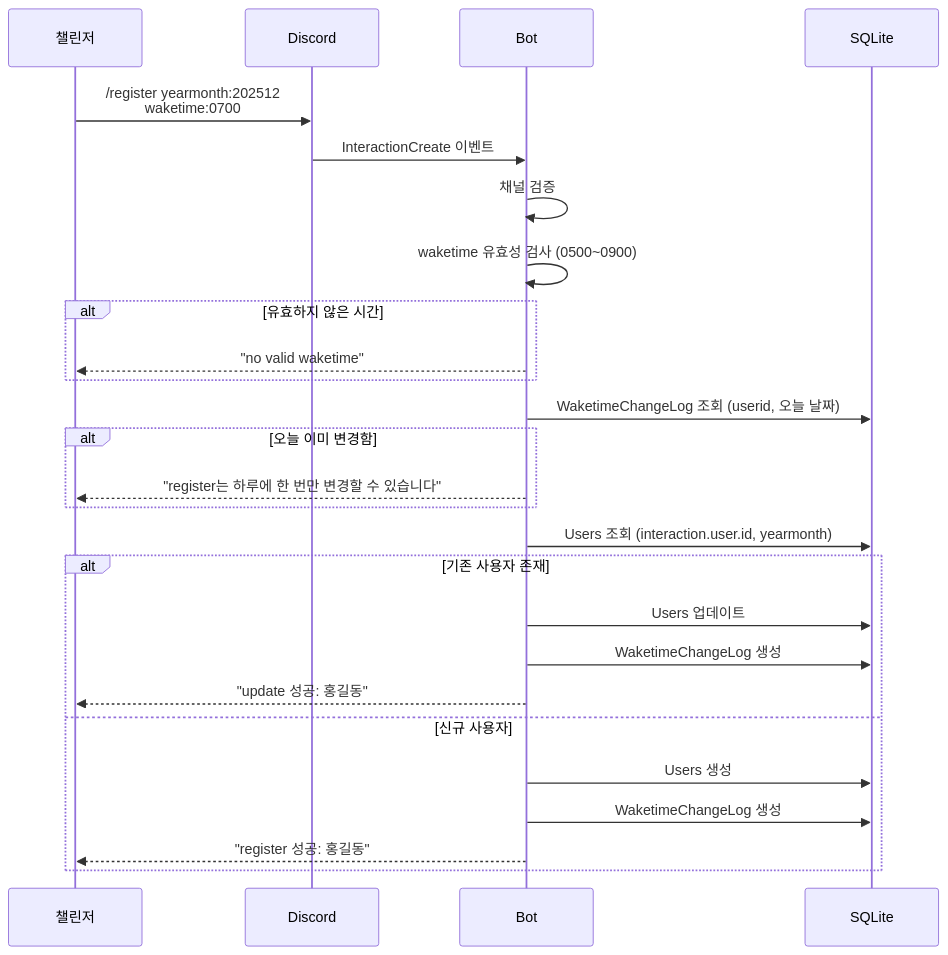
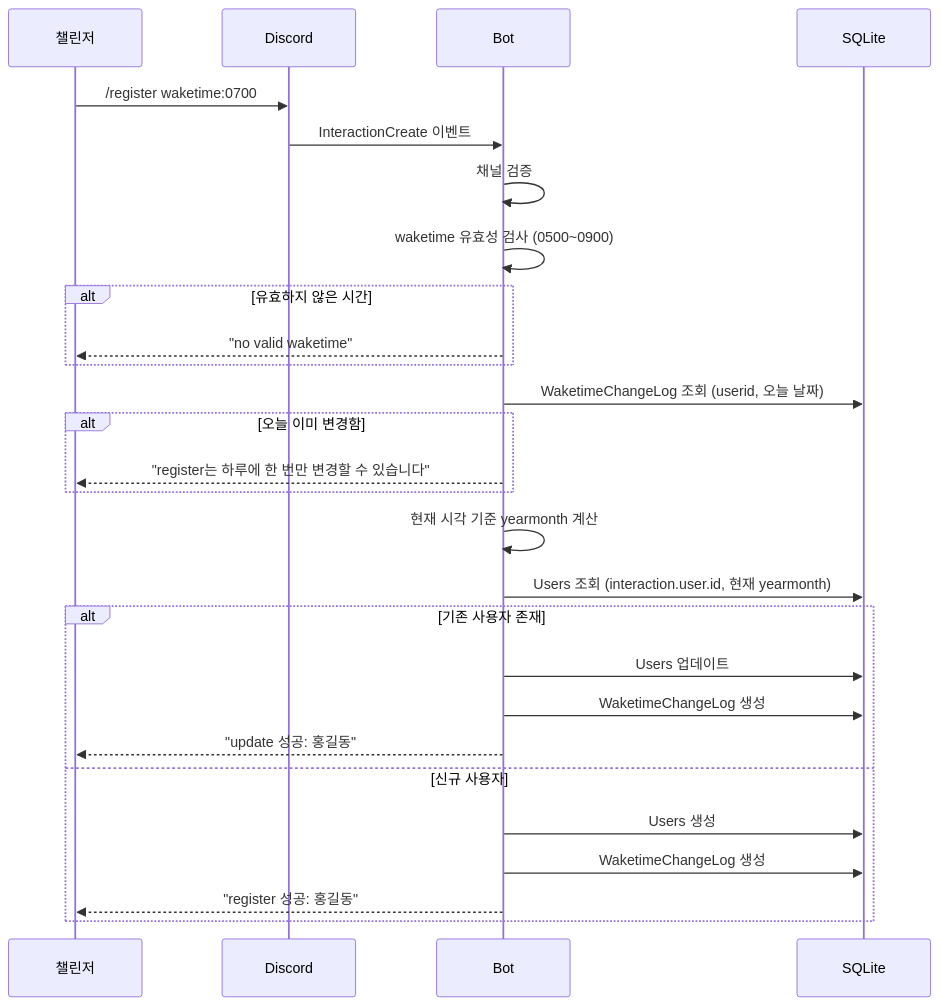
One commit to honki12345/haruharu-discord-bot changed the first of 13 diagrams in docs/USER_STORIES.md. Above: the diagram before and after it, drawn with Mermaid. The commit also changed other lines of this file and 10 other files, not shown here.

````diff
--- a/docs/USER_STORIES.md
+++ b/docs/USER_STORIES.md
@@ -22,34 +23,35 @@
 ```mermaid
 sequenceDiagram
     participant U as 챌린저
     participant D as Discord
     participant B as Bot
     participant DB as SQLite
 
-    U->>D: /register yearmonth:202512<br/>waketime:0700
+    U->>D: /register waketime:0700
 
     D->>B: InteractionCreate 이벤트
     B->>B: 채널 검증
 
     B->>B: waketime 유효성 검사 (0500~0900)
     alt 유효하지 않은 시간
         B-->>U: "no valid waketime"
     end
 
     B->>DB: WaketimeChangeLog 조회 (userid, 오늘 날짜)
     alt 오늘 이미 변경함
         B-->>U: "register는 하루에 한 번만 변경할 수 있습니다"
     end
 
-    B->>DB: Users 조회 (interaction.user.id, yearmonth)
+    B->>B: 현재 시각 기준 yearmonth 계산
+    B->>DB: Users 조회 (interaction.user.id, 현재 yearmonth)
 
     alt 기존 사용자 존재
         B->>DB: Users 업데이트
         B->>DB: WaketimeChangeLog 생성
         B-->>U: "update 성공: 홍길동"
     else 신규 사용자
         B->>DB: Users 생성
         B->>DB: WaketimeChangeLog 생성
         B-->>U: "register 성공: 홍길동"
     end
 ```
````
